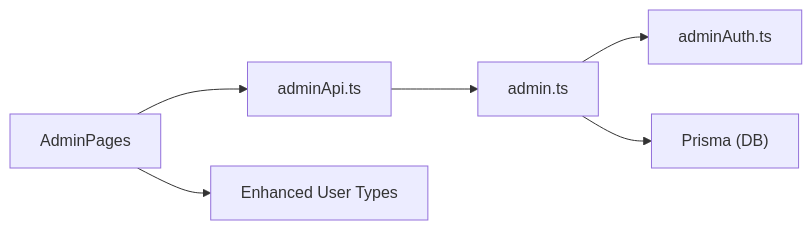
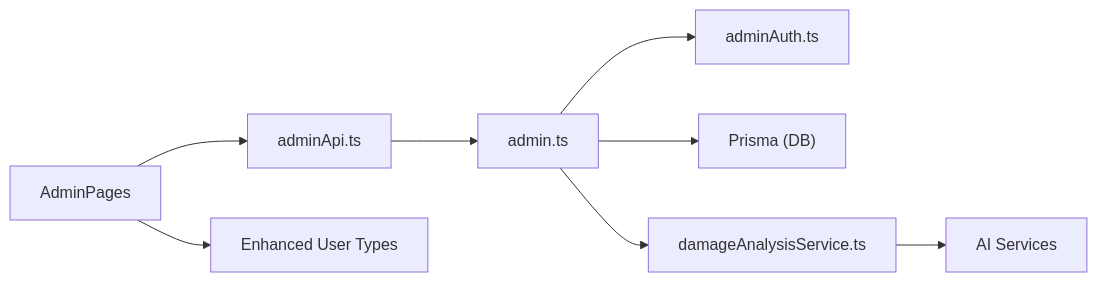
One commit to NaveenHiranya/Smart-Vehicle-Insurance-Claim-System changed the ninth of 9 diagrams in .qoder/repowiki/en/content/Frontend Documentation/Pages and Views/Admin Pages/Admin Pages.md. Above: the diagram before and after it, drawn with Mermaid. The commit also changed other lines of this file and 38 other files, not shown here.

````diff
--- a/.qoder/repowiki/en/content/Frontend Documentation/Pages and Views/Admin Pages/Admin Pages.md
+++ b/.qoder/repowiki/en/content/Frontend Documentation/Pages and Views/Admin Pages/Admin Pages.md
@@ -340,8 +377,10 @@
 ```mermaid
 graph LR
 AP["AdminPages"] --> AA["adminApi.ts"]
 AA --> AR["admin.ts"]
 AR --> AM["adminAuth.ts"]
 AR --> DB["Prisma (DB)"]
+AR --> DAS["damageAnalysisService.ts"]
 AP --> Types["Enhanced User Types"]
+DAS --> AI["AI Services"]
 ```
````
